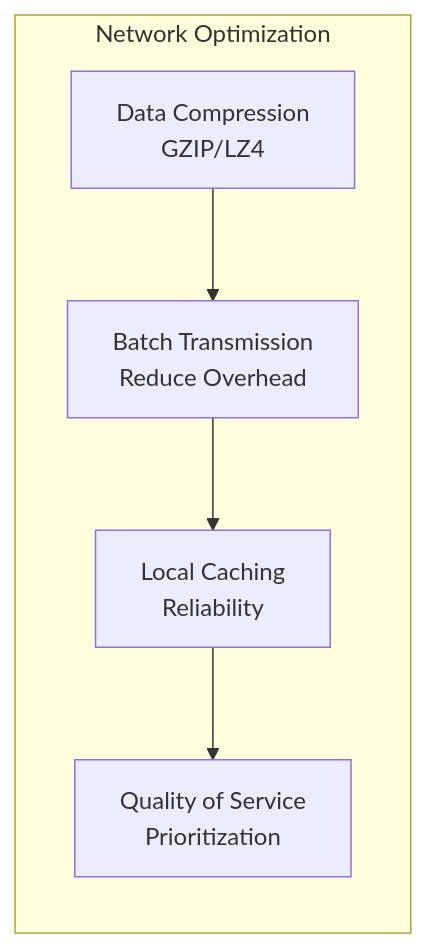
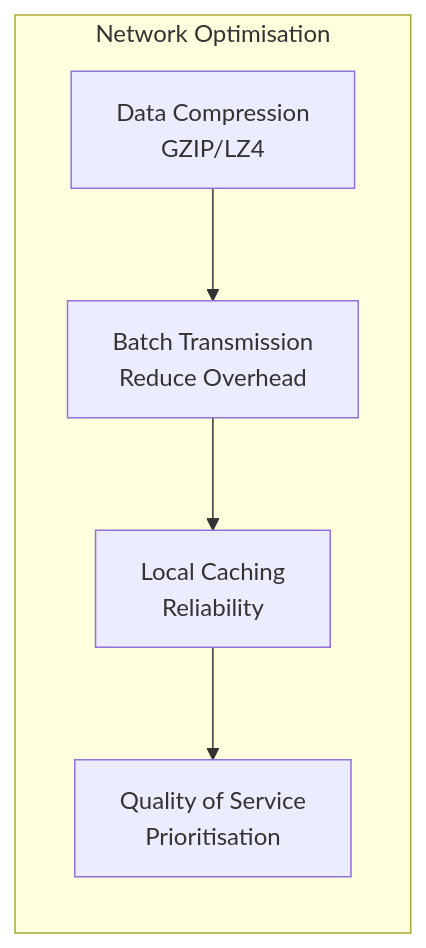
The eighth of 8 diagrams in AndroidApp/README.md (buccancs/fyp-multi-sensor-recording-system), drawn with Mermaid before and after one commit. The commit also changed other lines of this file and 56 other files, not shown here.

````diff
--- a/AndroidApp/README.md
+++ b/AndroidApp/README.md
@@ -886,13 +886,13 @@
 ```mermaid
 graph LR
-    subgraph "Network Optimization"
+    subgraph "Network Optimisation"
         COMP[Data Compression<br/>GZIP/LZ4]
         BATCH[Batch Transmission<br/>Reduce Overhead]
         CACHE[Local Caching<br/>Reliability]
-        QOS[Quality of Service<br/>Prioritization]
+        QOS[Quality of Service<br/>Prioritisation]
         
         COMP --> BATCH
         BATCH --> CACHE
         CACHE --> QOS
     end
 ```
````
